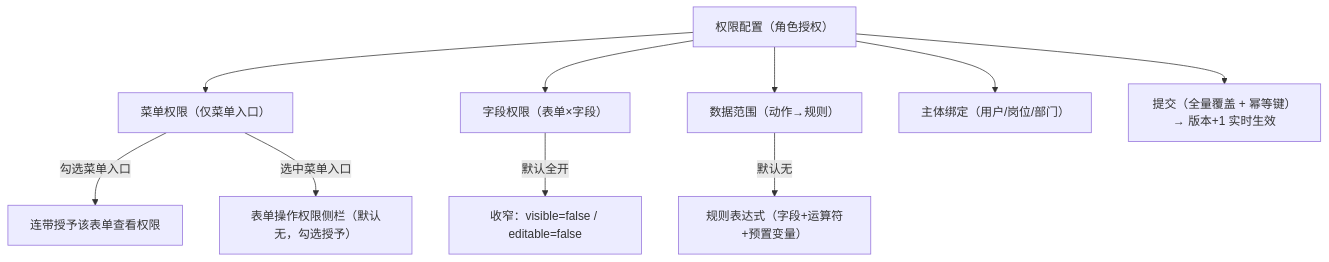
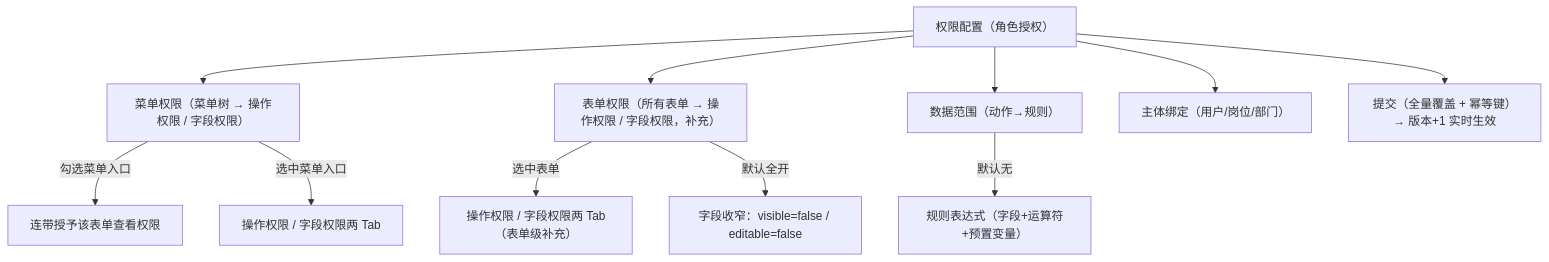
Before and after one commit to minjian123/basic-management-system: the diagram in bms文档/设计/组件设计/08_交互类/07_组件设计_权限配置/07_组件设计_权限配置.md, drawn with Mermaid. The commit also changed other lines of this file and 13 other files, not shown here.

First line of the commit message:
docs(角色管理): 权限配置改菜单/表单双视图，菜单↔表单多对多与权限来源

````diff
--- a/bms文档/设计/组件设计/08_交互类/07_组件设计_权限配置/07_组件设计_权限配置.md
+++ b/bms文档/设计/组件设计/08_交互类/07_组件设计_权限配置/07_组件设计_权限配置.md
@@ -34,12 +35,13 @@
 ```mermaid
 flowchart TD
-    PC["权限配置（角色授权）"] --> T1["菜单权限（仅菜单入口）"]
-    PC --> T2["字段权限（表单×字段）"]
+    PC["权限配置（角色授权）"] --> T1["菜单权限（菜单树 → 操作权限 / 字段权限）"]
+    PC --> T2["表单权限（所有表单 → 操作权限 / 字段权限，补充）"]
     PC --> T3["数据范围（动作→规则）"]
     PC --> T4["主体绑定（用户/岗位/部门）"]
     T1 -->|勾选菜单入口| V["连带授予该表单查看权限"]
-    T1 -->|选中菜单入口| OP["表单操作权限侧栏（默认无，勾选授予）"]
-    T2 -->|默认全开| C["收窄：visible=false / editable=false"]
+    T1 -->|选中菜单入口| MENU1["操作权限 / 字段权限两 Tab"]
+    T2 -->|选中表单| FORM1["操作权限 / 字段权限两 Tab（表单级补充）"]
+    T2 -->|默认全开| C["字段收窄：visible=false / editable=false"]
     T3 -->|默认无| DS["规则表达式（字段+运算符+预置变量）"]
     PC --> SV["提交（全量覆盖 + 幂等键）→ 版本+1 实时生效"]
 ```
````
